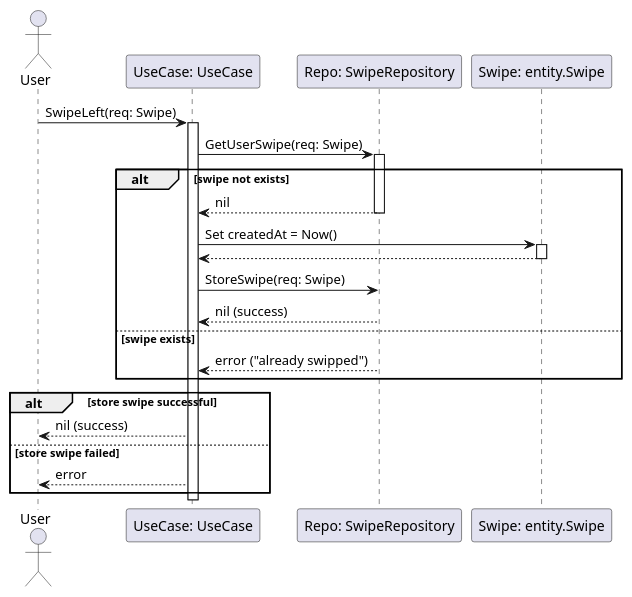
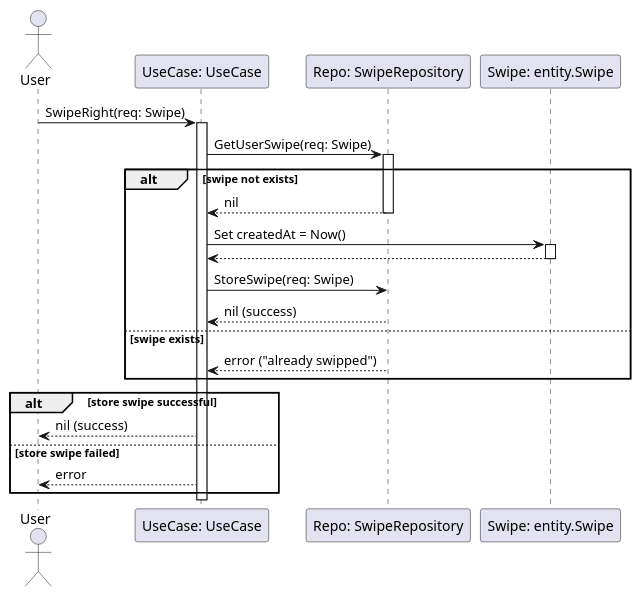
Before and after one commit to aryadiahmad4689/dealls_test: the diagram in diagram/diagram_sec_swipe_right.puml, drawn with PlantUML.

Commit message:
fix: diagram sequence swipe right

```diff
--- a/diagram/diagram_sec_swipe_right.puml
+++ b/diagram/diagram_sec_swipe_right.puml
@@ -1,35 +1,35 @@
 @startuml
 actor User
 participant "UseCase: UseCase" as UseCase
 participant "Repo: SwipeRepository" as Repo
 participant "Swipe: entity.Swipe" as SwipeEntity
 
-User -> UseCase: SwipeLeft(req: Swipe)
+User -> UseCase: SwipeRight(req: Swipe)
 activate UseCase
 
 UseCase -> Repo: GetUserSwipe(req: Swipe)
 activate Repo
 
 alt swipe not exists
     Repo --> UseCase: nil
     deactivate Repo
 
     UseCase -> SwipeEntity: Set createdAt = Now()
     activate SwipeEntity
     SwipeEntity --> UseCase
     deactivate SwipeEntity
 
     UseCase -> Repo: StoreSwipe(req: Swipe)
     Repo --> UseCase: nil (success)
 else swipe exists
     Repo --> UseCase: error ("already swipped")
 end
 deactivate Repo
 
 alt store swipe successful
     UseCase --> User: nil (success)
 else store swipe failed
     UseCase --> User: error
 end
 deactivate UseCase
 @enduml
```
